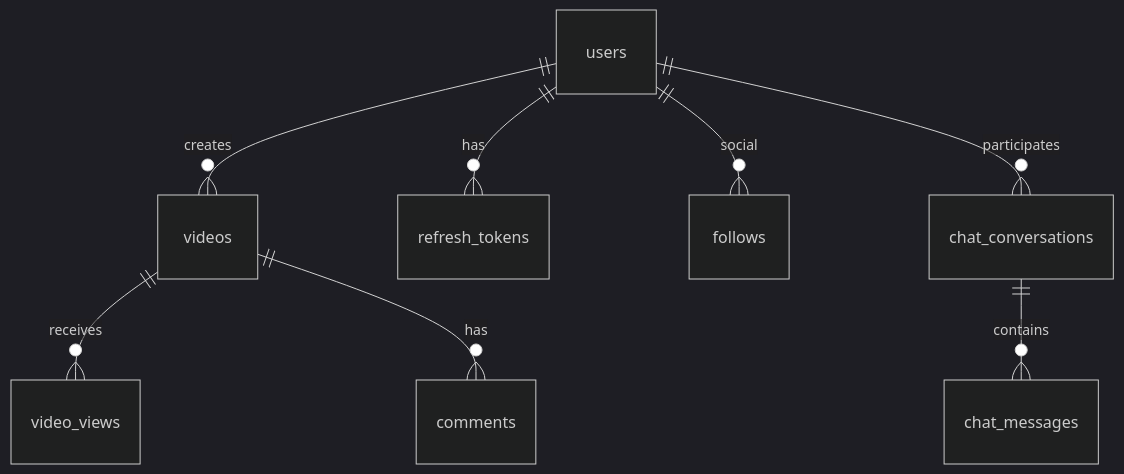
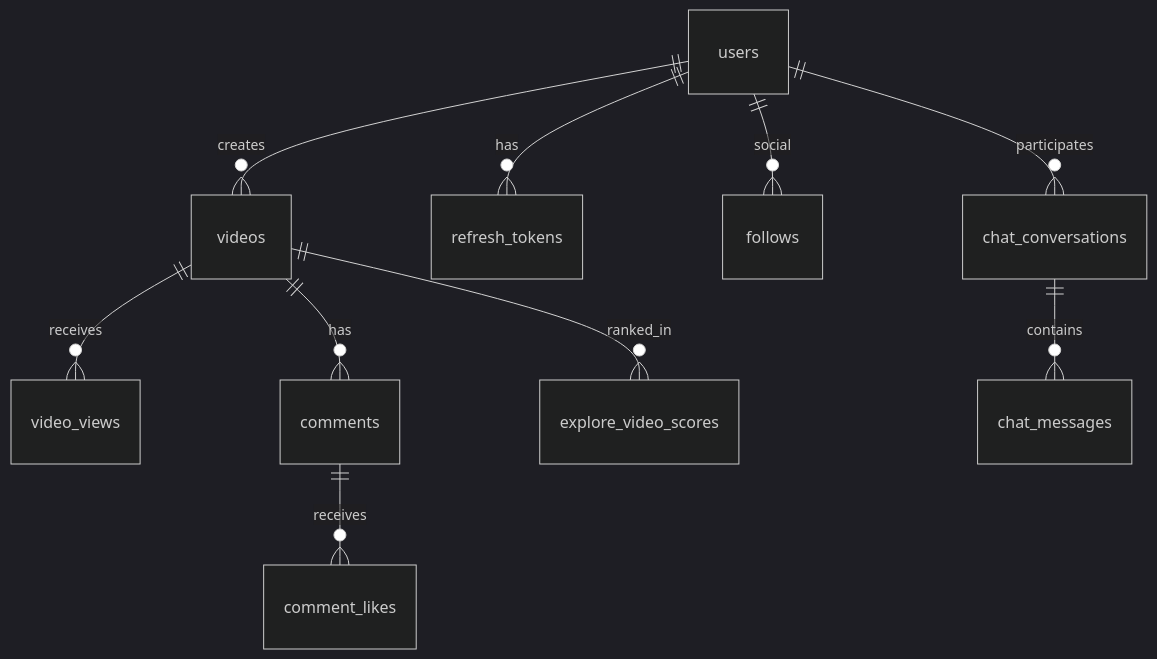
One commit to KienCuongSoftware/Vibely changed the diagram in docs/database/SCHEMA.md. Above: the diagram before and after it, drawn with Mermaid (dark theme). The commit also changed other lines of this file and 6 other files, not shown here.

Commit message:
docs: link full database ERD and update schema/migration references

````diff
--- a/docs/database/SCHEMA.md
+++ b/docs/database/SCHEMA.md
@@ -9,10 +19,12 @@
 ```mermaid
 erDiagram
   users ||--o{ videos : creates
   users ||--o{ refresh_tokens : has
   videos ||--o{ video_views : receives
   videos ||--o{ comments : has
+  comments ||--o{ comment_likes : receives
   users ||--o{ follows : social
   users ||--o{ chat_conversations : participates
   chat_conversations ||--o{ chat_messages : contains
+  videos ||--o{ explore_video_scores : ranked_in
 ```
````
